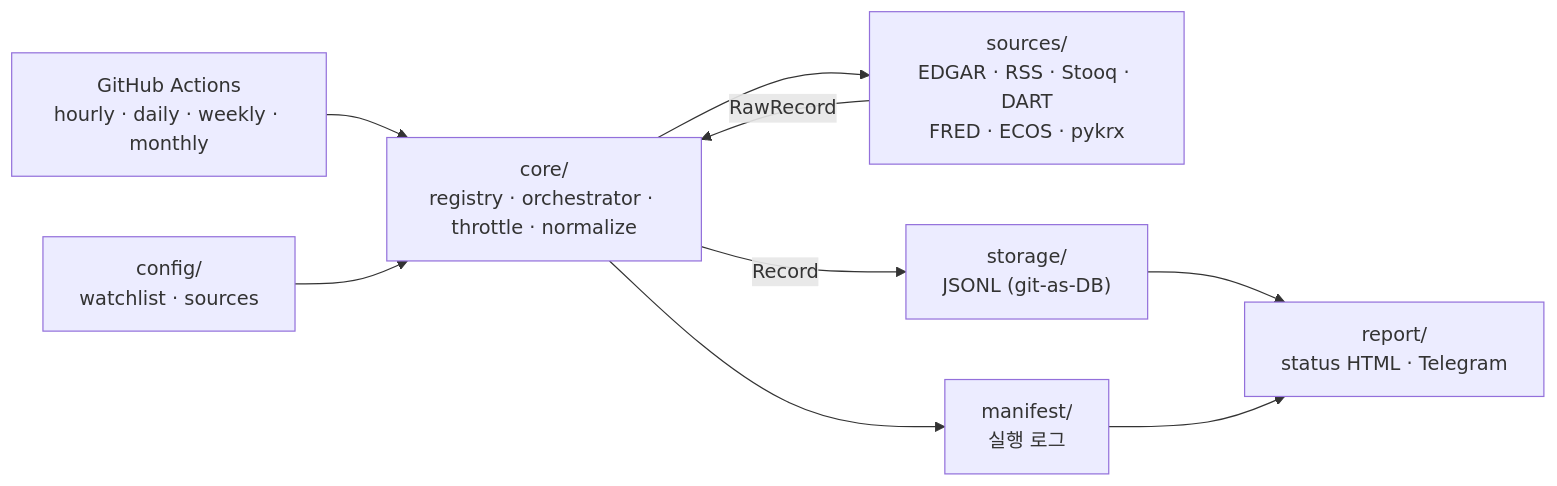
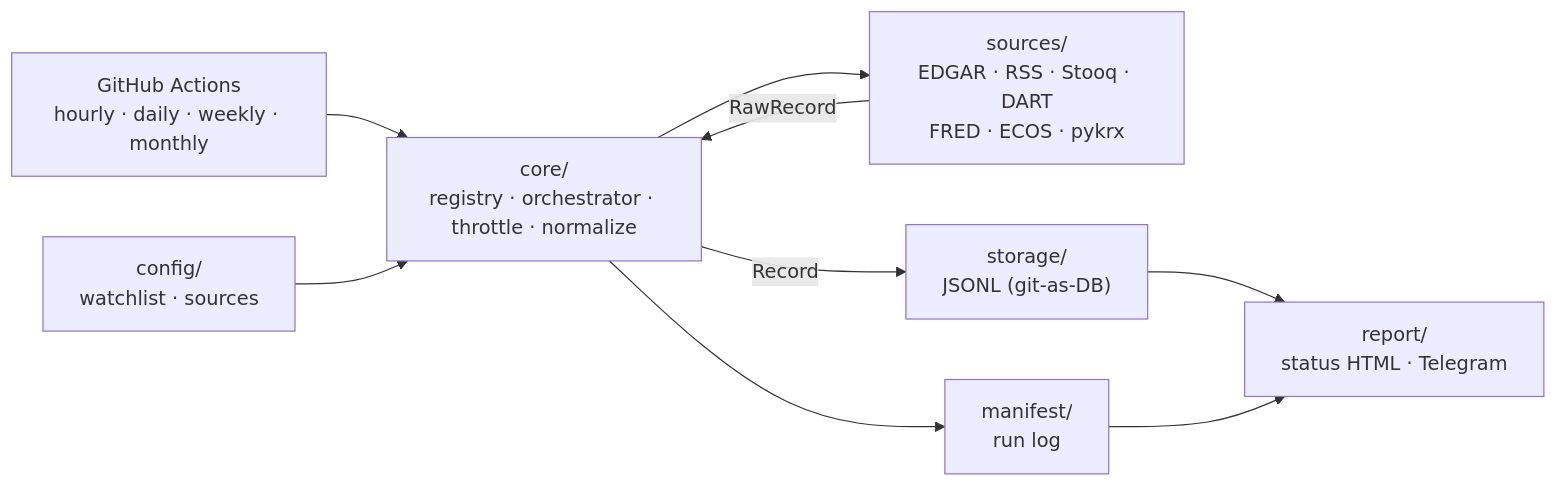
Before and after one commit to YouSangSon/Mimir: the diagram in README.md, drawn with Mermaid. The commit also changed other lines of this file and 14 other files, not shown here.

````diff
--- a/README.md
+++ b/README.md
@@ -121,19 +123,19 @@
 ```mermaid
 flowchart LR
     Cron["GitHub Actions<br/>hourly · daily · weekly · monthly"]
     Config["config/<br/>watchlist · sources"]
     Sources["sources/<br/>EDGAR · RSS · Stooq · DART<br/>FRED · ECOS · pykrx"]
     Core["core/<br/>registry · orchestrator · throttle · normalize"]
     Store["storage/<br/>JSONL (git-as-DB)"]
-    Manifest["manifest/<br/>실행 로그"]
+    Manifest["manifest/<br/>run log"]
     Report["report/<br/>status HTML · Telegram"]
 
     Cron --> Core
     Config --> Core
     Core --> Sources
     Sources -->|RawRecord| Core
     Core -->|Record| Store
     Core --> Manifest
     Store --> Report
     Manifest --> Report
 ```
````
